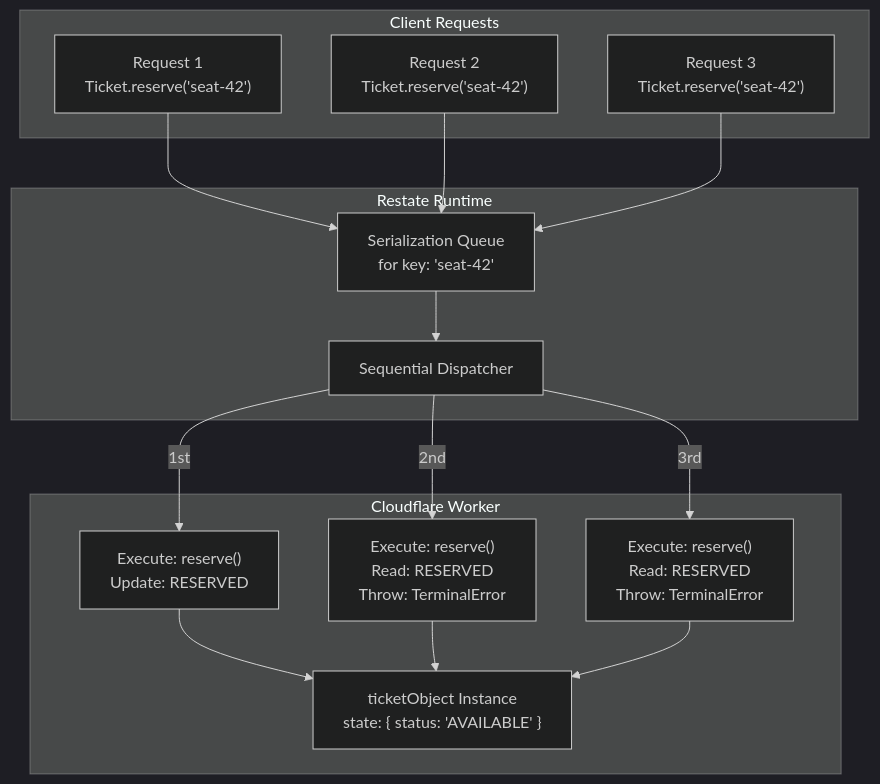
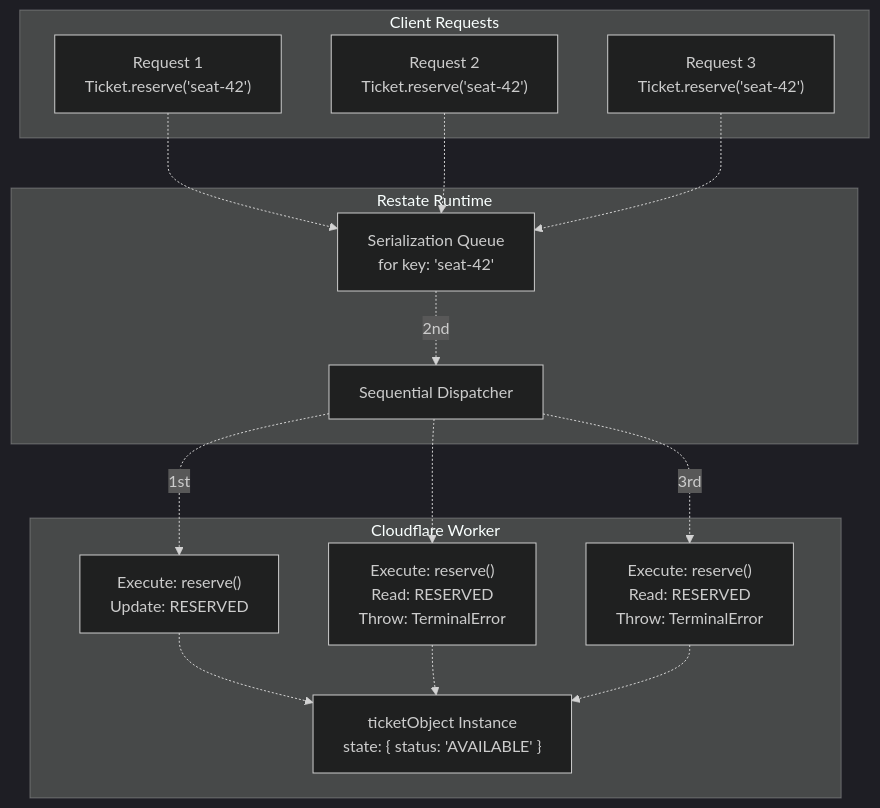
The second of 7 diagrams in docs/deepwiki/Virtual-Objects-&-Serialization.md (philipz/restate-cloudflare-workers-poc), drawn with Mermaid (dark theme) before and after one commit. The commit also changed other lines of this file and 27 other files, not shown here.

````diff
--- a/docs/deepwiki/Virtual-Objects-&-Serialization.md
+++ b/docs/deepwiki/Virtual-Objects-&-Serialization.md
@@ -72,42 +72,42 @@
 ```mermaid
 flowchart TD
 
 R1["Request 1<br>Ticket.reserve('seat-42')"]
 R2["Request 2<br>Ticket.reserve('seat-42')"]
 R3["Request 3<br>Ticket.reserve('seat-42')"]
 Queue["Serialization Queue<br>for key: 'seat-42'"]
 Dispatcher["Sequential Dispatcher"]
 Instance["ticketObject Instance<br>state: { status: 'AVAILABLE' }"]
 Handler1["Execute: reserve()<br>Update: RESERVED"]
 Handler2["Execute: reserve()<br>Read: RESERVED<br>Throw: TerminalError"]
 Handler3["Execute: reserve()<br>Read: RESERVED<br>Throw: TerminalError"]
 
-R1 --> Queue
-R2 --> Queue
-R3 --> Queue
-Dispatcher -->|"1st"| Handler1
-Dispatcher -->|"2nd"| Handler2
-Dispatcher -->|"3rd"| Handler3
+R1 -.-> Queue
+R2 -.-> Queue
+R3 -.-> Queue
+Dispatcher -.->|"1st"| Handler1
+Dispatcher -.-> Handler2
+Dispatcher -.->|"3rd"| Handler3
 
 subgraph subGraph2 ["Cloudflare Worker"]
     Instance
     Handler1
     Handler2
     Handler3
-    Handler1 --> Instance
-    Handler2 --> Instance
-    Handler3 --> Instance
+    Handler1 -.-> Instance
+    Handler2 -.-> Instance
+    Handler3 -.-> Instance
 end
 
 subgraph subGraph1 ["Restate Runtime"]
     Queue
     Dispatcher
-    Queue --> Dispatcher
+    Queue -.->|"2nd"| Dispatcher
 end
 
 subgraph subGraph0 ["Client Requests"]
     R1
     R2
     R3
 end
 ```
````
